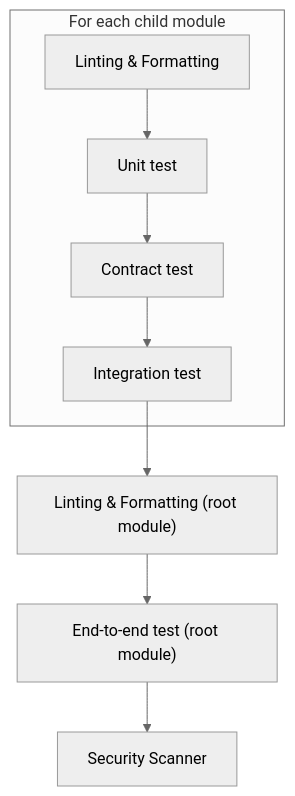
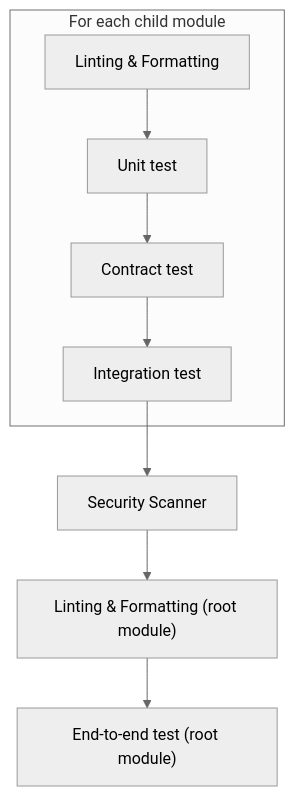
The diagram in README.md (hoaraujerome/k8s_cluster_from_scratch), drawn with Mermaid (neutral theme) before and after one commit.

````diff
--- a/README.md
+++ b/README.md
@@ -47,11 +47,11 @@
 ```mermaid
 graph TD;
     subgraph "For each child module"
         A["Linting & Formatting"] --> B["Unit test"];
         B --> C["Contract test"];
         C --> D["Integration test"];
     end
-    D --> E["Linting & Formatting (root module)"];
-    E --> F["End-to-end test (root module)"];
-    F --> G["Security Scanner"];
+    D --> E["Security Scanner"];
+    E --> F["Linting & Formatting (root module)"];
+    F --> G["End-to-end test (root module)"];
 ```
````
